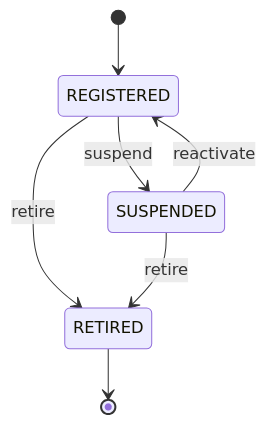
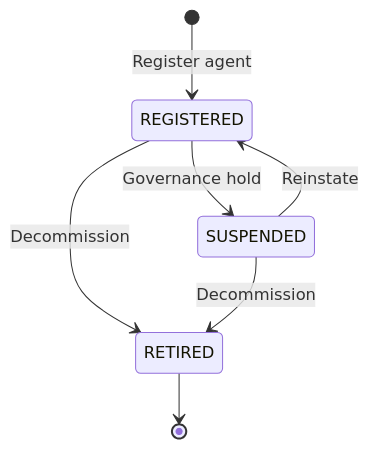
One commit to SwapnilMundhekar/AgentOps-Governance-Assurance-Control-Plane changed the third of 4 diagrams in README.md. Above: the diagram before and after it, drawn with Mermaid. The commit also changed other lines of this file, not shown here.

````diff
--- a/README.md
+++ b/README.md
@@ -216,15 +144,9 @@
 ```mermaid
 stateDiagram-v2
-
-    [*] --> REGISTERED
-
-    REGISTERED --> SUSPENDED: suspend
-
-    SUSPENDED --> REGISTERED: reactivate
-
-    REGISTERED --> RETIRED: retire
-
-    SUSPENDED --> RETIRED: retire
-
+    [*] --> REGISTERED: Register agent
+    REGISTERED --> SUSPENDED: Governance hold
+    SUSPENDED --> REGISTERED: Reinstate
+    REGISTERED --> RETIRED: Decommission
+    SUSPENDED --> RETIRED: Decommission
     RETIRED --> [*]
 ```
````
